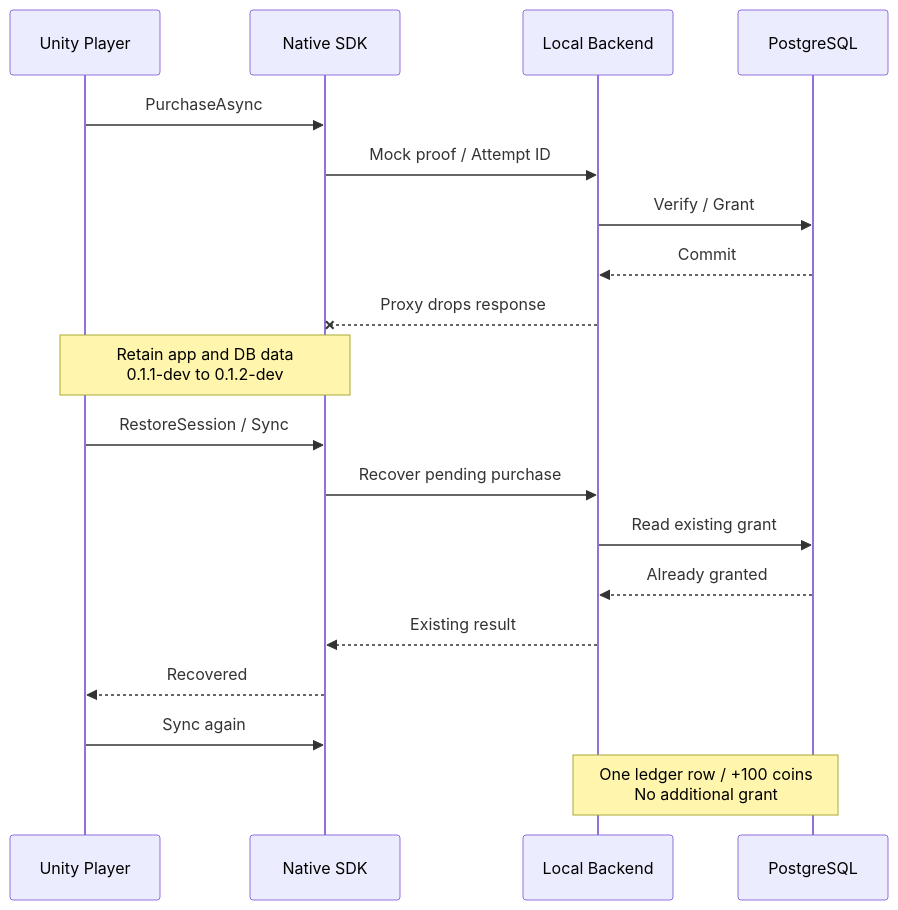
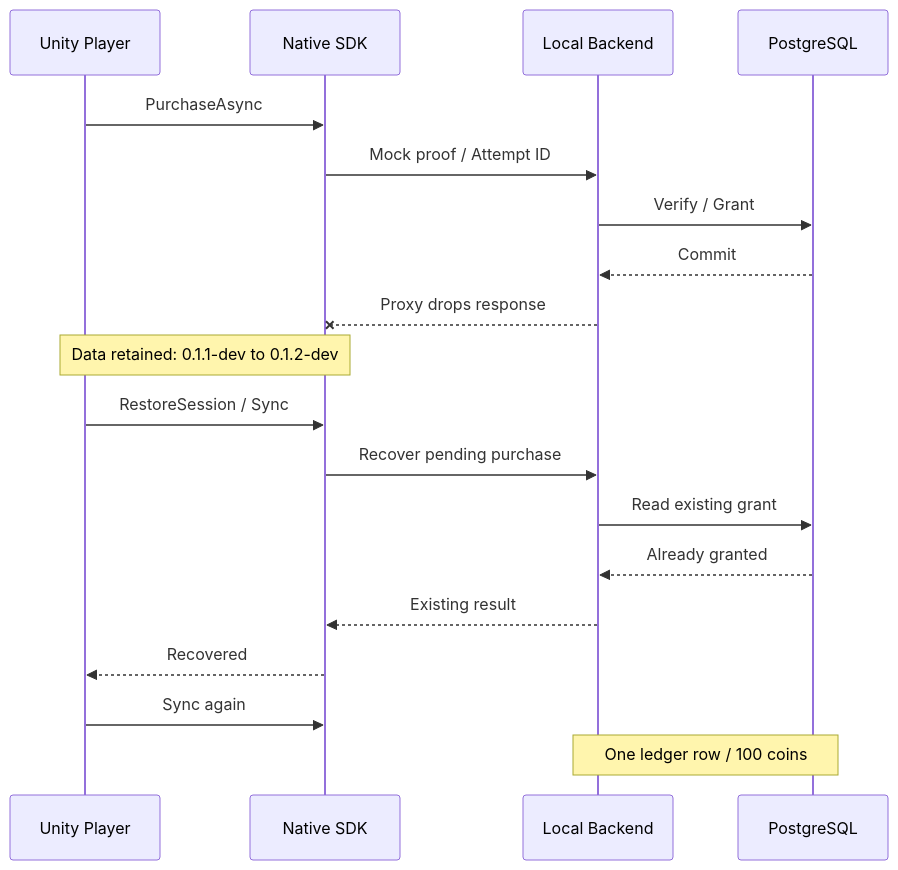
The third of 5 diagrams in docs/TECHNICAL_OVERVIEW.md (CodingBot000/GameBridge_SDK), drawn with Mermaid before and after one commit. The commit also changed other lines of this file and 7 other files, not shown here.

````diff
--- a/docs/TECHNICAL_OVERVIEW.md
+++ b/docs/TECHNICAL_OVERVIEW.md
@@ -159,21 +144,21 @@
 ```mermaid
 sequenceDiagram
     participant U as Unity Player
     participant N as Native SDK
     participant B as Local Backend
     participant D as PostgreSQL
     U->>N: PurchaseAsync
     N->>B: Mock proof / Attempt ID
     B->>D: Verify / Grant
     D-->>B: Commit
     B--xN: Proxy drops response
-    Note over U,N: Retain app and DB data<br/>0.1.1-dev to 0.1.2-dev
+    Note over U,N: Data retained: 0.1.1-dev to 0.1.2-dev
     U->>N: RestoreSession / Sync
     N->>B: Recover pending purchase
     B->>D: Read existing grant
     D-->>B: Already granted
     B-->>N: Existing result
     N-->>U: Recovered
     U->>N: Sync again
-    Note over B,D: One ledger row / +100 coins<br/>No additional grant
+    Note over B,D: One ledger row / 100 coins
 ```
````
